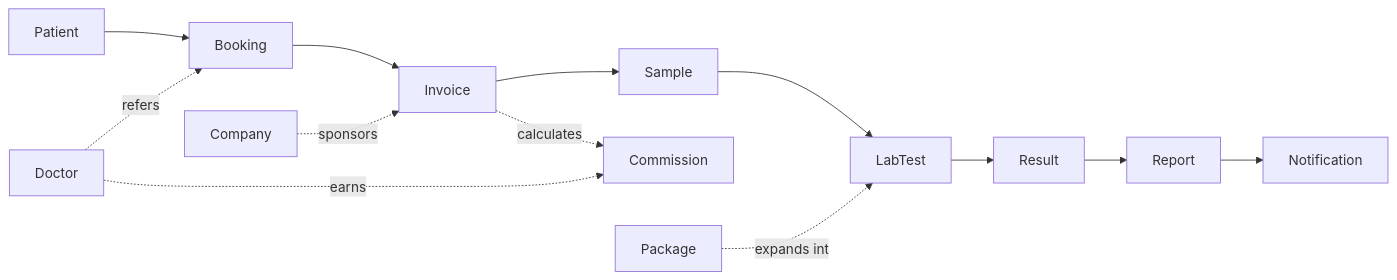
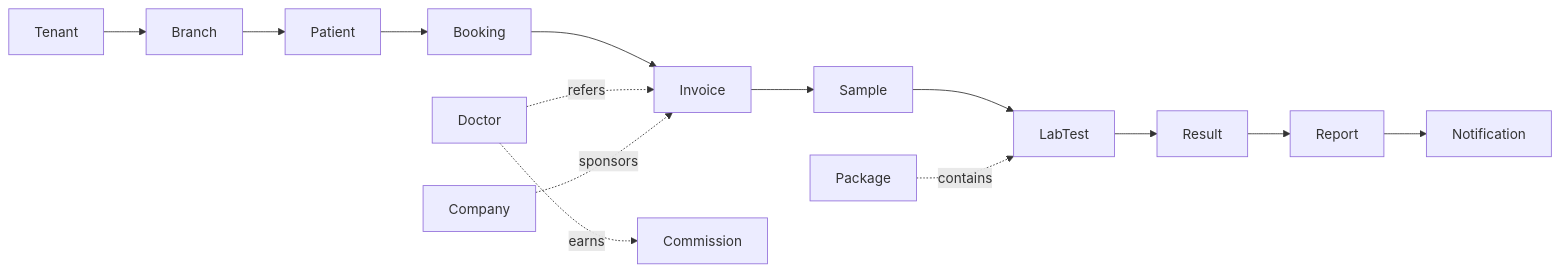
One commit to zaighaumrana/lab-software changed the first of 13 diagrams in docs/03_Core_Domain_Design.md. Above: the diagram before and after it, drawn with Mermaid. The commit also changed other lines of this file, not shown here.

````diff
--- a/docs/03_Core_Domain_Design.md
+++ b/docs/03_Core_Domain_Design.md
@@ -17,16 +41,19 @@
 ```mermaid
 flowchart LR
+    Tenant --> Branch
+    Branch --> Patient
+
     Patient --> Booking
     Booking --> Invoice
     Invoice --> Sample
     Sample --> LabTest
     LabTest --> Result
     Result --> Report
     Report --> Notification
 
-    Doctor -.refers.-> Booking
+    Doctor -.refers.-> Invoice
     Doctor -.earns.-> Commission
-    Invoice -.calculates.-> Commission
-    Package -.expands into.-> LabTest
+
+    Package -.contains.-> LabTest
     Company -.sponsors.-> Invoice
 ```
````
